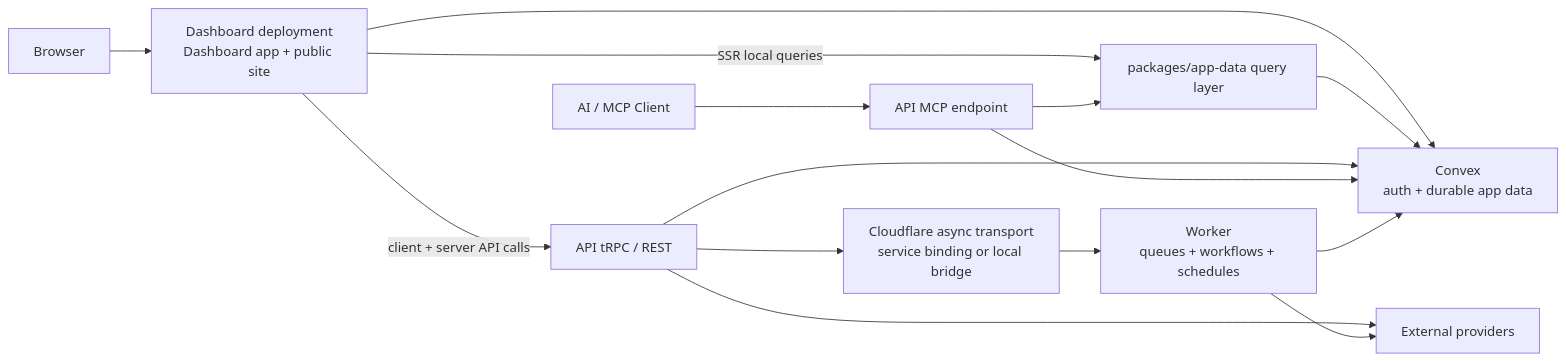
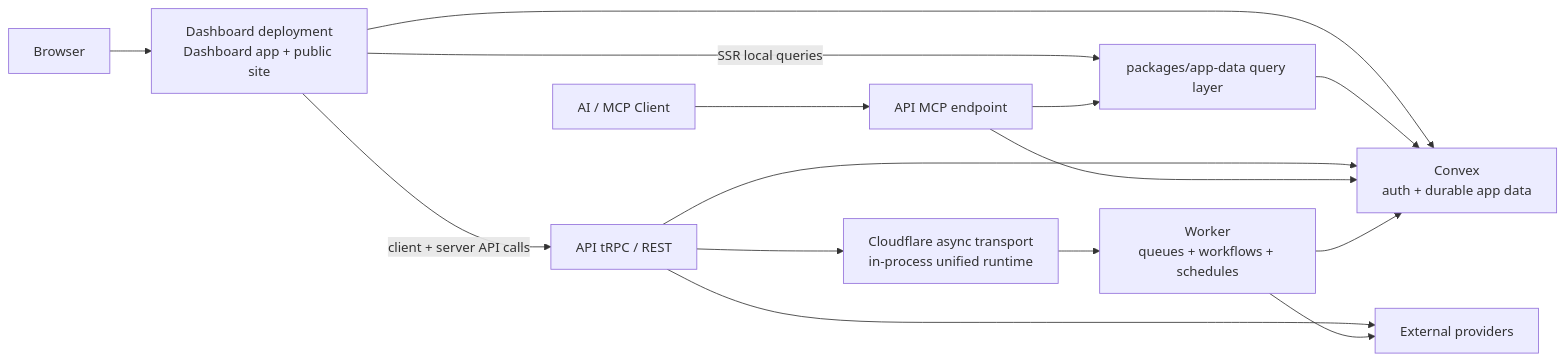
One commit to fightingentropy/tamias changed the diagram in README.md. Above: the diagram before and after it, drawn with Mermaid. The commit also changed other lines of this file and 9 other files, not shown here.

````diff
--- a/README.md
+++ b/README.md
@@ -39,20 +39,20 @@
 ```mermaid
 flowchart LR
   Browser["Browser"] --> Dashboard["Dashboard deployment<br/>Dashboard app + public site"]
   AIClient["AI / MCP Client"] --> MCP["API MCP endpoint"]
 
   Dashboard -->|SSR local queries| QueryLayer["packages/app-data query layer"]
   Dashboard -->|client + server API calls| TRPC["API tRPC / REST"]
   Dashboard --> Convex["Convex<br/>auth + durable app data"]
 
   QueryLayer --> Convex
   TRPC --> Convex
-  TRPC --> AsyncBridge["Cloudflare async transport<br/>service binding or local bridge"]
+  TRPC --> AsyncBridge["Cloudflare async transport<br/>in-process unified runtime"]
   TRPC --> Providers["External providers"]
   MCP --> Convex
   MCP --> QueryLayer
 
   AsyncBridge --> Worker["Worker<br/>queues + workflows + schedules"]
   Worker --> Convex
   Worker --> Providers
 ```
````
